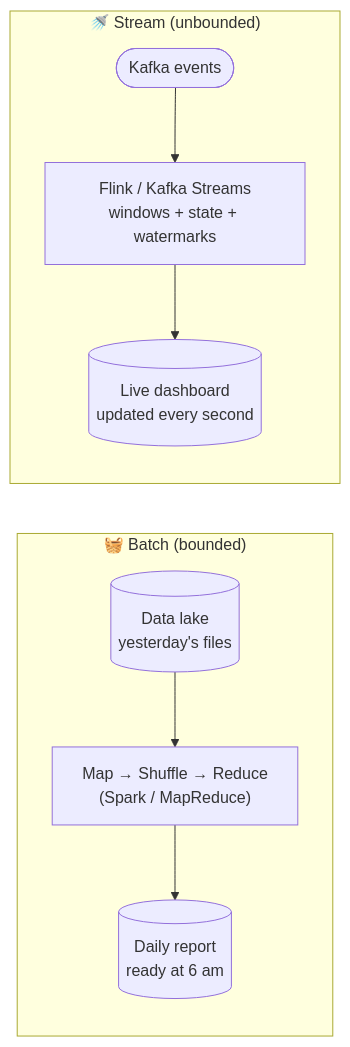
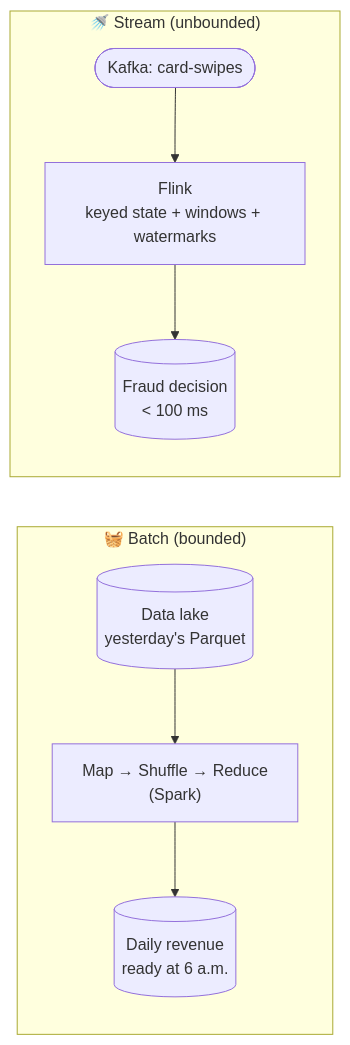
The diagram in phases/11-advanced-designs/091-batch-vs-stream-processing.md (winnyboy5/System-Design-from-Atoms), drawn with Mermaid before and after one commit. The commit also changed other lines of this file and 15 other files, not shown here.

````diff
--- a/phases/11-advanced-designs/091-batch-vs-stream-processing.md
+++ b/phases/11-advanced-designs/091-batch-vs-stream-processing.md
@@ -26,11 +38,11 @@
 ```mermaid
 flowchart LR
     subgraph Batch["🧺 Batch (bounded)"]
-        D[("Data lake<br/>yesterday's files")] --> MR["Map → Shuffle → Reduce<br/>(Spark / MapReduce)"]
-        MR --> OUT1[("Daily report<br/>ready at 6 am")]
+        D[("Data lake<br/>yesterday's Parquet")] --> MR["Map → Shuffle → Reduce<br/>(Spark)"]
+        MR --> OUT1[("Daily revenue<br/>ready at 6 a.m.")]
     end
     subgraph Stream["🚿 Stream (unbounded)"]
-        K(["Kafka events"]) --> FL["Flink / Kafka Streams<br/>windows + state + watermarks"]
-        FL --> OUT2[("Live dashboard<br/>updated every second")]
+        K(["Kafka: card-swipes"]) --> FL["Flink<br/>keyed state + windows + watermarks"]
+        FL --> OUT2[("Fraud decision<br/>< 100 ms")]
     end
 ```
````
